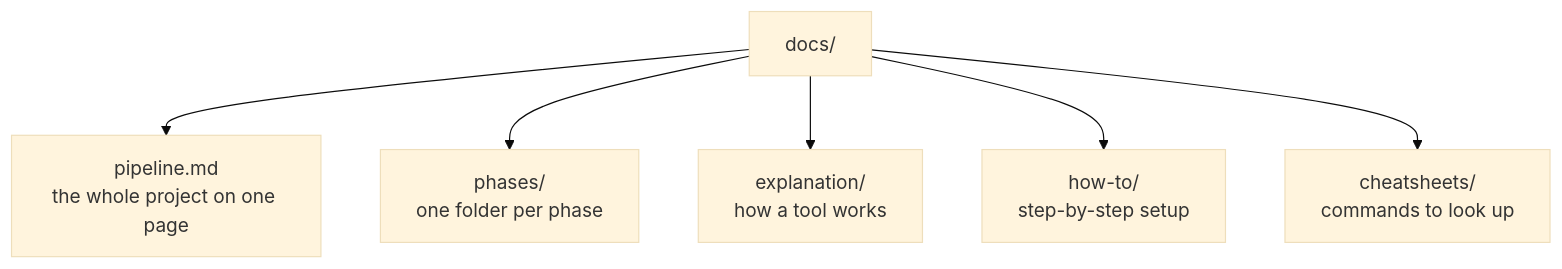
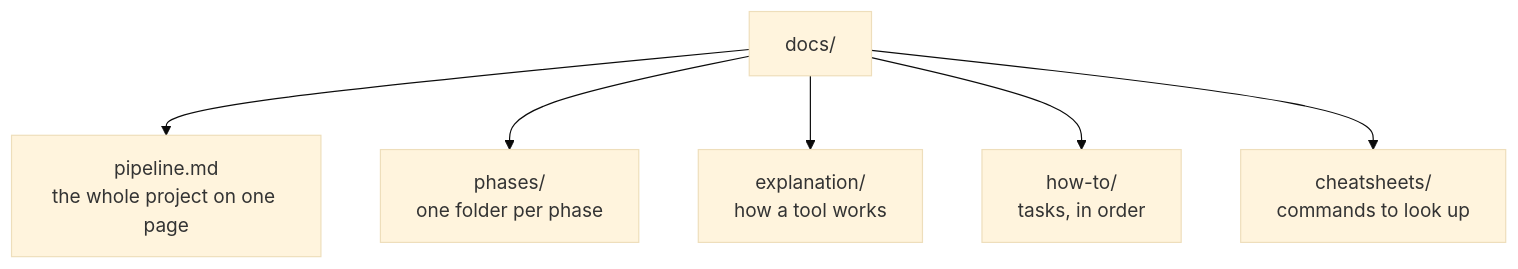
One commit to Bende-KBB/devops-lab changed the diagram in docs/README.md. Above: the diagram before and after it, drawn with Mermaid (base theme). The commit also changed other lines of this file and 13 other files, not shown here.

````diff
--- a/docs/README.md
+++ b/docs/README.md
@@ -5,8 +5,8 @@
 ```mermaid
 flowchart TD
     D["docs/"] --> P["pipeline.md<br/>the whole project on one page"]
     D --> PH["phases/<br/>one folder per phase"]
     D --> X["explanation/<br/>how a tool works"]
-    D --> H["how-to/<br/>step-by-step setup"]
+    D --> H["how-to/<br/>tasks, in order"]
     D --> CS["cheatsheets/<br/>commands to look up"]
 ```
````
